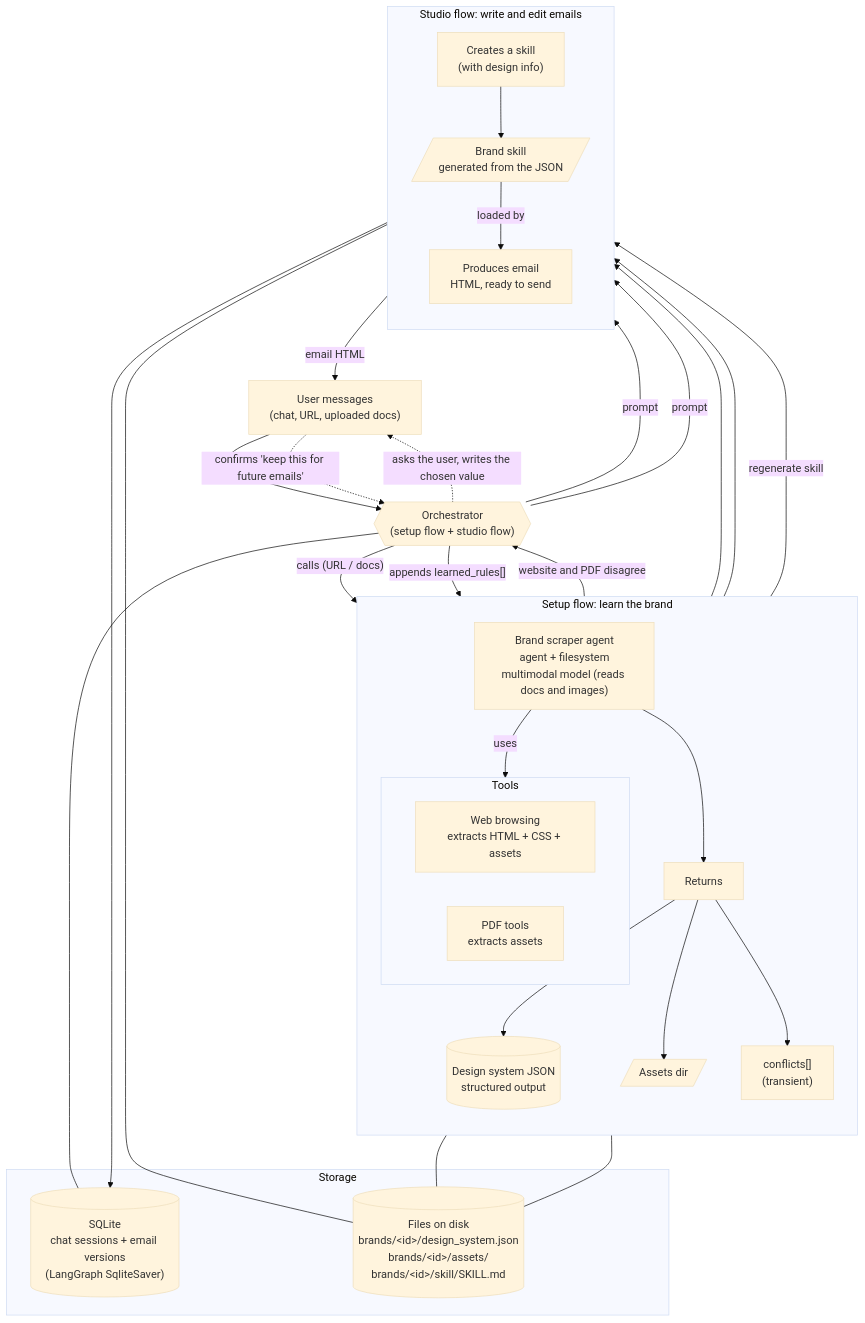
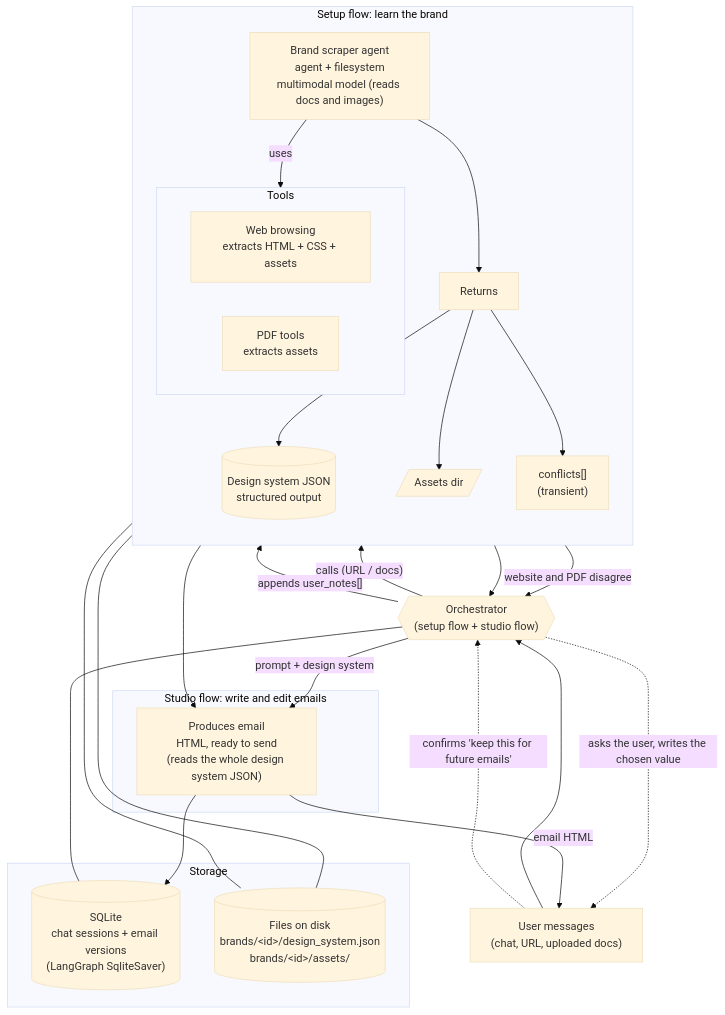
Before and after one commit to fed3c3sa/textyess-email-agent: the diagram in README.md, drawn with Mermaid (base theme).

Commit message:
do not create skill to create email

````diff
--- a/README.md
+++ b/README.md
@@ -8,55 +8,46 @@
 ```mermaid
 flowchart TD
     USER["User messages<br/>(chat, URL, uploaded docs)"] --> ORCH
 
     ORCH{{"Orchestrator<br/>(setup flow + studio flow)"}}
 
     subgraph SETUP["Setup flow: learn the brand"]
         direction TB
         SCRAPER["Brand scraper agent<br/>agent + filesystem<br/>multimodal model (reads docs and images)"]
         subgraph TOOLS["Tools"]
             direction LR
             WEB["Web browsing<br/>extracts HTML + CSS + assets"]
             PDF["PDF tools<br/>extracts assets"]
         end
         SCRAPER -- uses --> TOOLS
         SCRAPER --> RET["Returns"]
         RET --> DS[("Design system JSON<br/>structured output")]
         RET --> ASSETS[/"Assets dir"/]
         RET --> CONF["conflicts[]<br/>(transient)"]
     end
 
     subgraph STUDIO["Studio flow: write and edit emails"]
-        direction TB
-        SKILLGEN["Creates a skill<br/>(with design info)"]
-        SKILL[/"Brand skill<br/>generated from the JSON"/]
-        EMAIL["Produces email<br/>HTML, ready to send"]
-        SKILLGEN --> SKILL
-        SKILL -- loaded by --> EMAIL
+        EMAIL["Produces email<br/>HTML, ready to send<br/>(reads the whole design system JSON)"]
     end
 
     ORCH -- "calls (URL / docs)" --> SCRAPER
     CONF -- "website and PDF disagree" --> ORCH
     ORCH -. "asks the user, writes the chosen value" .-> USER
 
-    DS --> SKILLGEN
+    ORCH -- "prompt + design system" --> EMAIL
+    DS --> ORCH
     ASSETS --> EMAIL
-
-    ORCH -- "prompt" --> EMAIL
-    ORCH -- "prompt" --> SKILLGEN
+    EMAIL -- "email HTML" --> USER
     EMAIL --> STORE
-    EMAIL -- "email HTML" --> USER
 
     USER -. "confirms 'keep this for future emails'" .-> ORCH
-    ORCH -- "appends learned_rules[]" --> DS
-    DS -- "regenerate skill" --> SKILLGEN
+    ORCH -- "appends user_notes[]" --> DS
 
     subgraph STORAGE["Storage"]
         STORE[("SQLite<br/>chat sessions + email versions<br/>(LangGraph SqliteSaver)")]
-        FILES[("Files on disk<br/>brands/&lt;id&gt;/design_system.json<br/>brands/&lt;id&gt;/assets/<br/>brands/&lt;id&gt;/skill/SKILL.md")]
+        FILES[("Files on disk<br/>brands/&lt;id&gt;/design_system.json<br/>brands/&lt;id&gt;/assets/")]
     end
     DS --- FILES
     ASSETS --- FILES
-    SKILL --- FILES
     ORCH --- STORE
 ```
````
